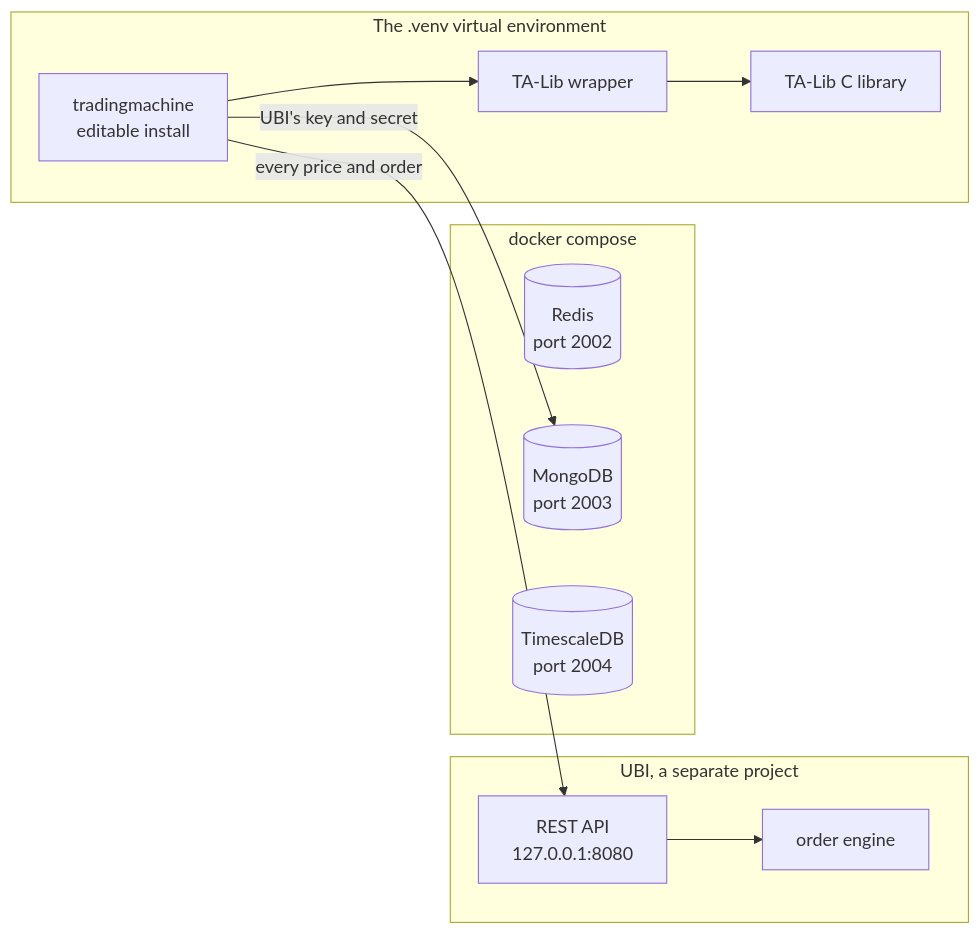
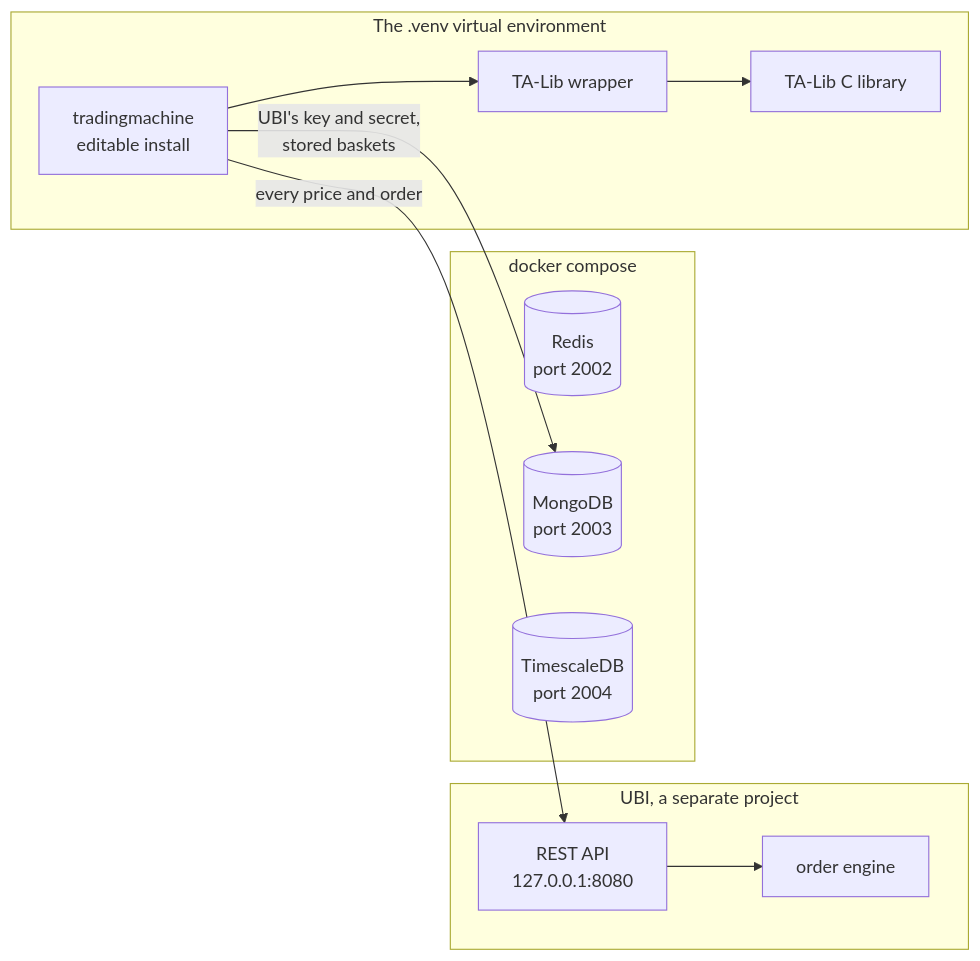
One commit to pramodathani/tradingmachine changed the diagram in docs/get-started/installation.md. Above: the diagram before and after it, drawn with Mermaid. The commit also changed other lines of this file and 29 other files, not shown here.

````diff
--- a/docs/get-started/installation.md
+++ b/docs/get-started/installation.md
@@ -17,18 +17,18 @@
 ```mermaid
 flowchart LR
     subgraph venv["The .venv virtual environment"]
         LIB["tradingmachine<br/>editable install"]
         TA["TA-Lib wrapper"] --> C["TA-Lib C library"]
         LIB --> TA
     end
     subgraph compose["docker compose"]
         R[("Redis<br/>port 2002")]
         M[("MongoDB<br/>port 2003")]
         T[("TimescaleDB<br/>port 2004")]
     end
     subgraph ubi["UBI, a separate project"]
         API["REST API<br/>127.0.0.1:8080"] --> ENG["order engine"]
     end
-    LIB -- "UBI's key and secret" --> M
+    LIB -- "UBI's key and secret,<br/>stored baskets" --> M
     LIB -- "every price and order" --> API
 ```
````
